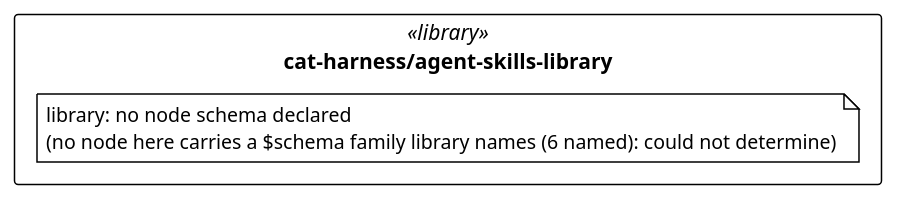
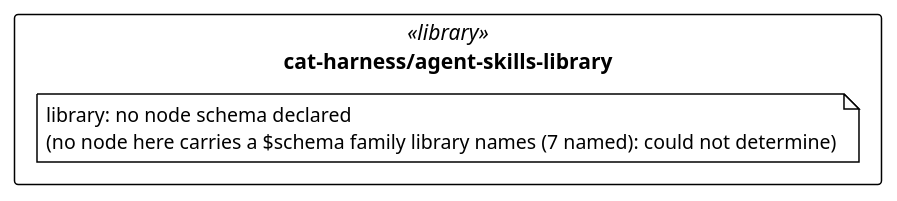
Before and after one commit to litlfred/folio-assistant: the diagram in cat-harness/uml/overview/cat-harness/agent-skills-library.puml, drawn with PlantUML. The commit also changed 55 other files, not shown here.

```diff
--- a/cat-harness/uml/overview/cat-harness/agent-skills-library.puml
+++ b/cat-harness/uml/overview/cat-harness/agent-skills-library.puml
@@ -3,13 +3,13 @@
 @startuml cat_harness_agent_skills_library
 !pragma layout elk
 !theme plain
 skinparam classAttributeIconSize 0
 skinparam shadowing false
 skinparam packageStyle rectangle
 hide empty methods
 
 package "cat-harness/agent-skills-library" as pkg_cat_harness_agent_skills_library <<library>> {
-  note "library: no node schema declared\n(no node here carries a $schema family library names (6 named): could not determine)" as n_cat_harness_agent_skills_library_library
+  note "library: no node schema declared\n(no node here carries a $schema family library names (7 named): could not determine)" as n_cat_harness_agent_skills_library_library
 }
 
 @enduml
```
